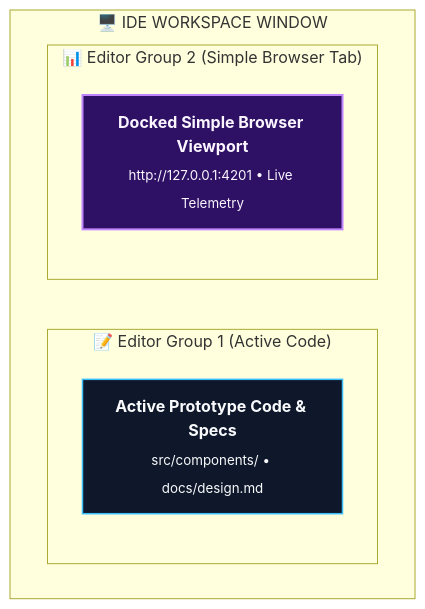
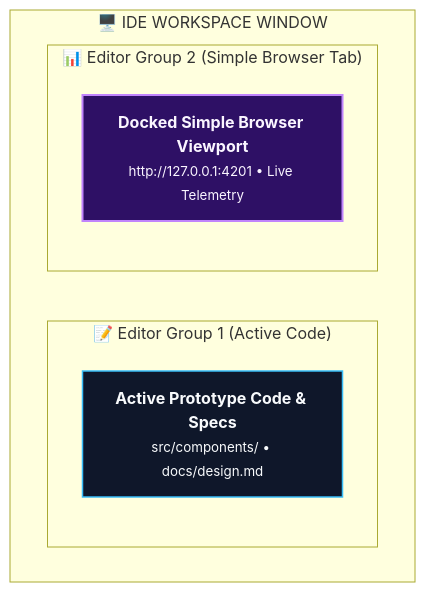
Before and after one commit to rmsofficialsyt/Agentic-AI-Vibe-Coding-AND-SDD-TDD-Codebase-Chandan-Adhikary: the third of 4 diagrams in Vibe-Coding-Chandan-Adhikary/Vibe-Coding/Project-Manager-Dashboard/README.md, drawn with Mermaid. The commit also changed other lines of this file and 27 other files, not shown here.

Commit message:
docs: resolve text overlap and scattering across all diagrams via semantic typography and layout contracts

````diff
--- a/Vibe-Coding-Chandan-Adhikary/Vibe-Coding/Project-Manager-Dashboard/README.md
+++ b/Vibe-Coding-Chandan-Adhikary/Vibe-Coding/Project-Manager-Dashboard/README.md
@@ -102,15 +104,15 @@
 ```mermaid
 flowchart TD
     classDef code fill:#0f172a,stroke:#38bdf8,stroke-width:1.5px,color:#f8fafc;
     classDef dash fill:#2e1065,stroke:#c084fc,stroke-width:2px,color:#faf5ff;
 
     subgraph IDEWindow ["🖥️ IDE WORKSPACE WINDOW"]
         direction LR
         subgraph Col1 ["📝 Editor Group 1 (Active Code)"]
-            Code["<b>Active Prototype Code & Specs</b><br/><sub>src/components/ • docs/design.md</sub>"]:::code
+            Code["<b>Active Prototype Code & Specs</b><br/><small>src/components/ • docs/design.md</small>"]:::code
         end
         subgraph Col2 ["📊 Editor Group 2 (Simple Browser Tab)"]
-            Dash["<b>Docked Simple Browser Viewport</b><br/><sub>http://127.0.0.1:4201 • Live Telemetry</sub>"]:::dash
+            Dash["<b>Docked Simple Browser Viewport</b><br/><small>http://127.0.0.1:4201 • Live Telemetry</small>"]:::dash
         end
     end
 ```
````
